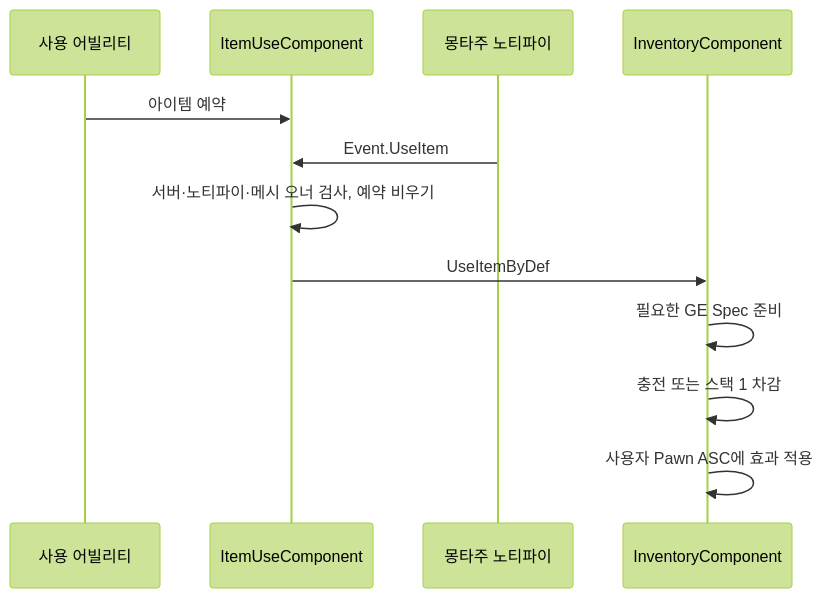
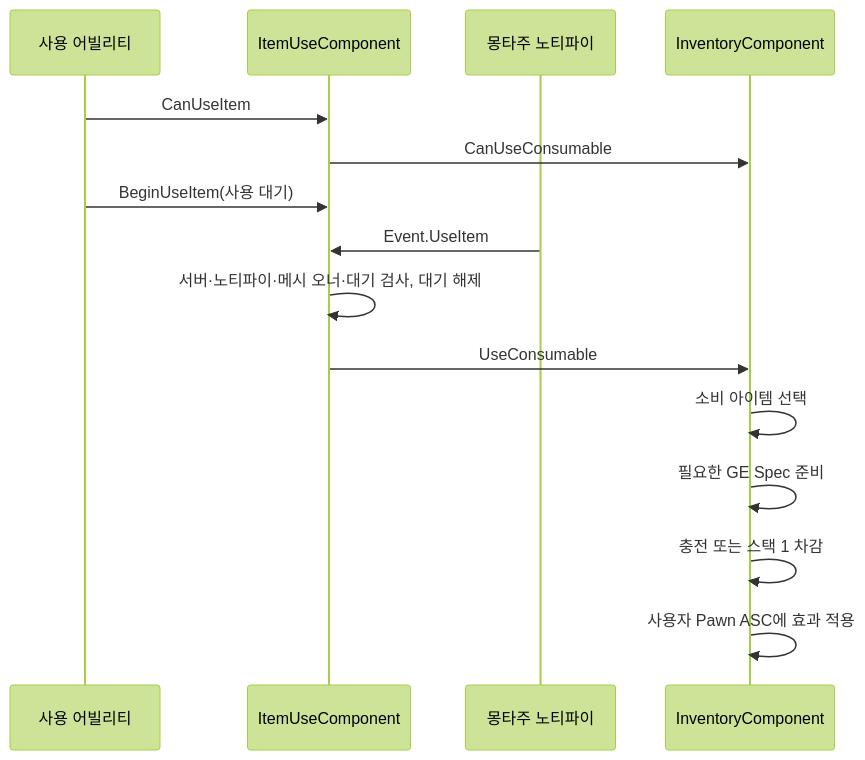
The diagram in .wiki/wiki/topics/inventory.md (Woogl/ProjectWx), drawn with Mermaid (forest theme) before and after one commit. The commit also changed other lines of this file and 18 other files, not shown here.

````diff
--- a/.wiki/wiki/topics/inventory.md
+++ b/.wiki/wiki/topics/inventory.md
@@ -31,14 +32,17 @@
 ```mermaid
 sequenceDiagram
   participant GA as 사용 어빌리티
   participant Use as ItemUseComponent
   participant Anim as 몽타주 노티파이
   participant Inv as InventoryComponent
-  GA->>Use: 아이템 예약
+  GA->>Use: CanUseItem
+  Use->>Inv: CanUseConsumable
+  GA->>Use: BeginUseItem(사용 대기)
   Anim->>Use: Event.UseItem
-  Use->>Use: 서버·노티파이·메시 오너 검사, 예약 비우기
-  Use->>Inv: UseItemByDef
+  Use->>Use: 서버·노티파이·메시 오너·대기 검사, 대기 해제
+  Use->>Inv: UseConsumable
+  Inv->>Inv: 소비 아이템 선택
   Inv->>Inv: 필요한 GE Spec 준비
   Inv->>Inv: 충전 또는 스택 1 차감
   Inv->>Inv: 사용자 Pawn ASC에 효과 적용
 ```
````
